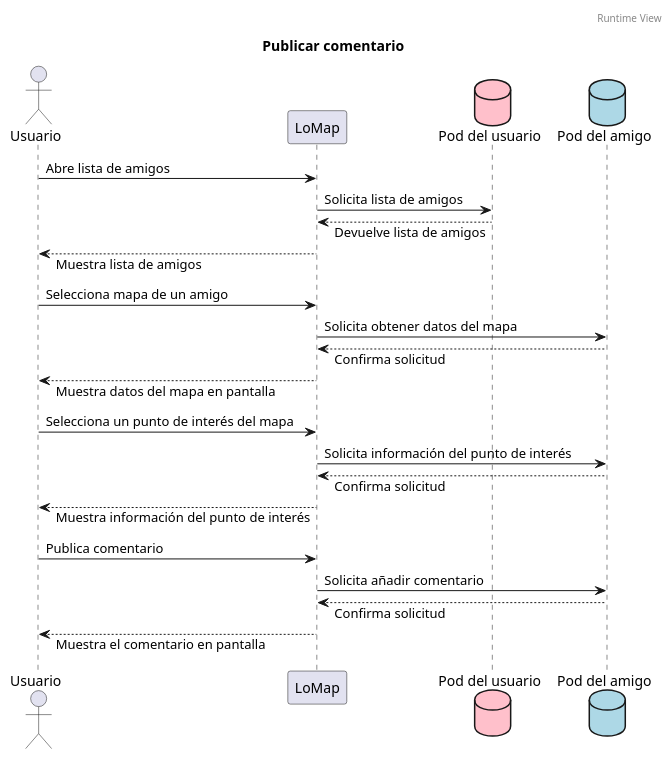
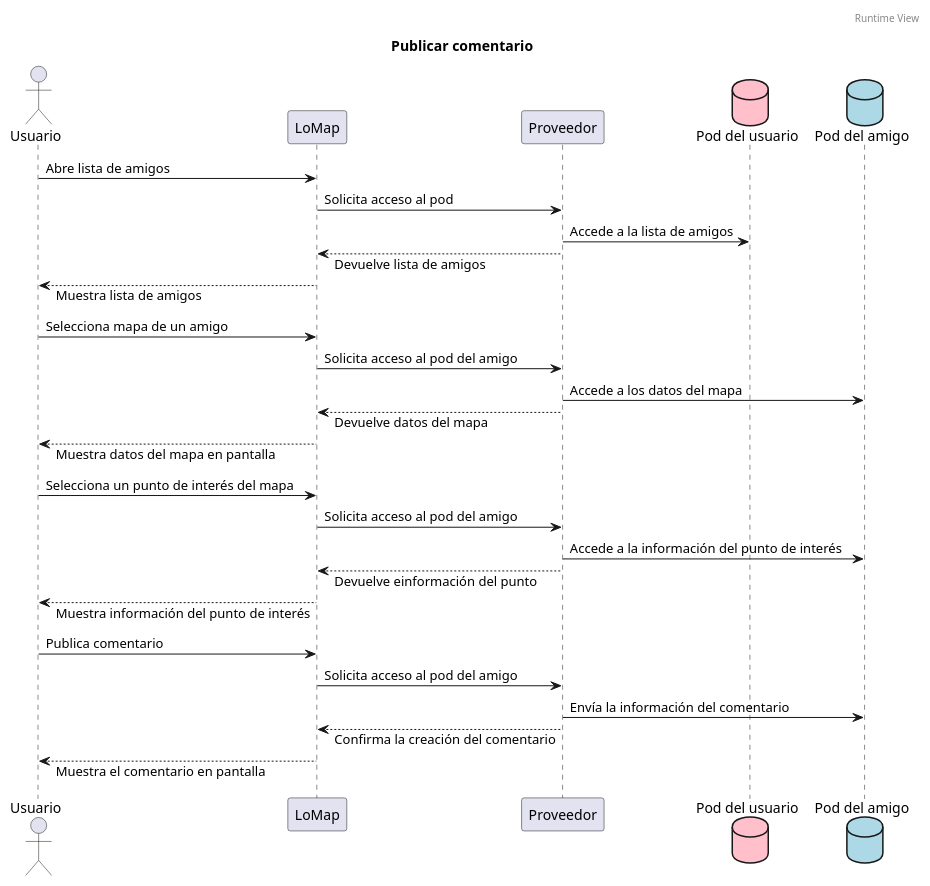
One commit to Arquisoft/lomap_es4b changed the third of 3 diagrams in docs/06_runtime_view.adoc. Above: the diagram before and after it, drawn with PlantUML. The commit also changed other lines of this file and 1 other file, not shown here.

```diff
--- a/docs/06_runtime_view.adoc
+++ b/docs/06_runtime_view.adoc
@@ -103,42 +107,47 @@
 [plantuml,"Publicar comentario",png]
 ----
 header Runtime View
 title Publicar comentario
 
 Actor Usuario
 Participant LoMap
+Participant Proveedor
 Database Pod as "Pod del usuario" #pink
 Database PodAmigo as "Pod del amigo" #lightblue
 
 skinparam responseMessageBelowArrow true
 
 Usuario -> LoMap: Abre lista de amigos
 
-LoMap -> Pod: Solicita lista de amigos
-LoMap <-- Pod: Devuelve lista de amigos
+LoMap -> Proveedor: Solicita acceso al pod
+Proveedor -> Pod: Accede a la lista de amigos
+LoMap <-- Proveedor: Devuelve lista de amigos
 
 Usuario <-- LoMap: Muestra lista de amigos
 
 
 Usuario -> LoMap: Selecciona mapa de un amigo
 
-LoMap -> PodAmigo: Solicita obtener datos del mapa
-LoMap <-- PodAmigo: Confirma solicitud
+LoMap -> Proveedor: Solicita acceso al pod del amigo
+Proveedor -> PodAmigo: Accede a los datos del mapa
+LoMap <-- Proveedor: Devuelve datos del mapa
 
 Usuario <-- LoMap: Muestra datos del mapa en pantalla
 
 Usuario -> LoMap: Selecciona un punto de interés del mapa
 
-LoMap -> PodAmigo: Solicita información del punto de interés
-LoMap <-- PodAmigo: Confirma solicitud
+LoMap -> Proveedor: Solicita acceso al pod del amigo
+Proveedor -> PodAmigo: Accede a la información del punto de interés
+LoMap <-- Proveedor: Devuelve einformación del punto
 
 Usuario <-- LoMap: Muestra información del punto de interés
 
 Usuario -> LoMap: Publica comentario
 
-LoMap -> PodAmigo: Solicita añadir comentario
-LoMap <-- PodAmigo: Confirma solicitud
+LoMap -> Proveedor: Solicita acceso al pod del amigo
+Proveedor -> PodAmigo: Envía la información del comentario
+LoMap <-- Proveedor: Confirma la creación del comentario
 
 Usuario <-- LoMap: Muestra el comentario en pantalla
 
 ----
```
